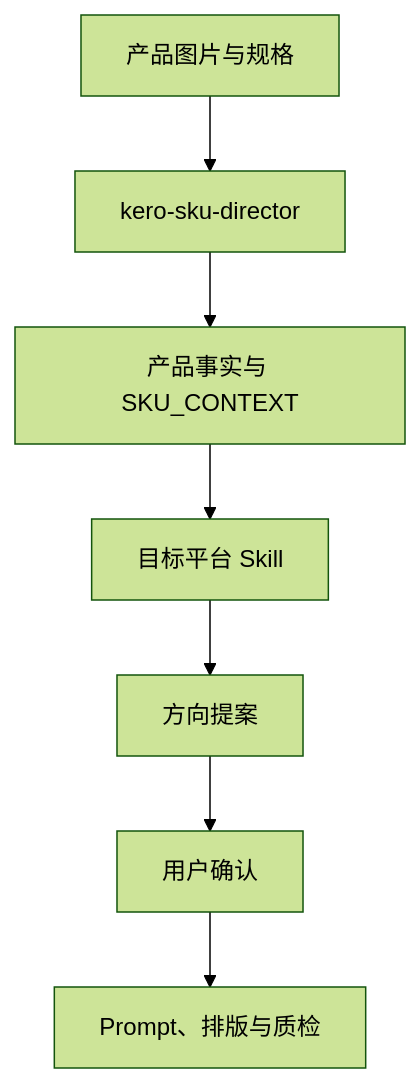
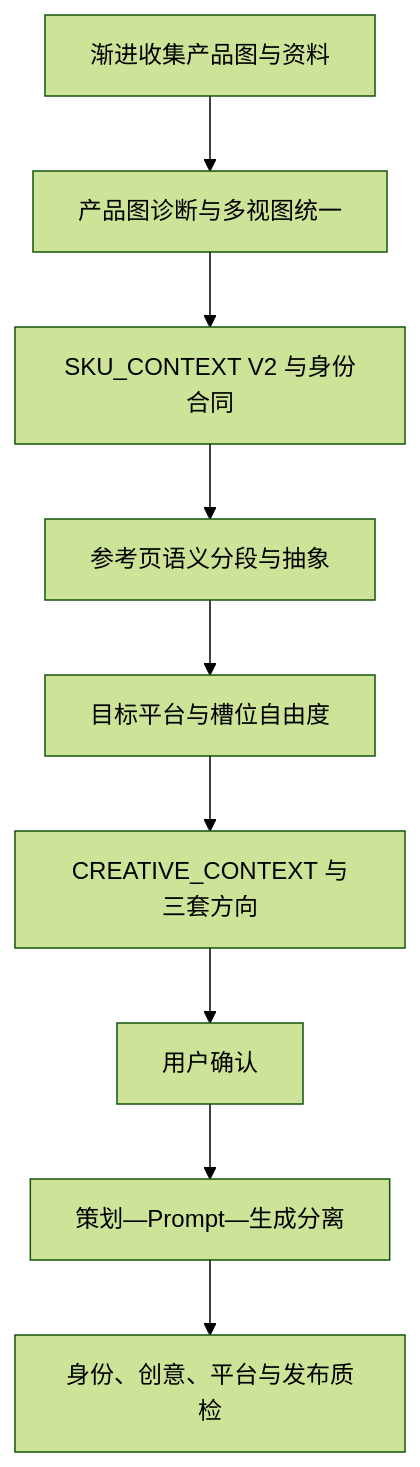
The diagram in README.md (Youks7/KeRo-SKU-Agent), drawn with Mermaid (forest theme) before and after one commit. The commit also changed other lines of this file and 119 other files, not shown here.

Commit message:
upgrade SKU agent to identity-locked creative director

````diff
--- a/README.md
+++ b/README.md
@@ -115,9 +117,11 @@
 ```mermaid
 flowchart TD
-    A["产品图片与规格"] --> B["kero-sku-director"]
-    B --> C["产品事实与 SKU_CONTEXT"]
-    C --> D["目标平台 Skill"]
-    D --> E["方向提案"]
-    E --> F["用户确认"]
-    F --> G["Prompt、排版与质检"]
+    A["渐进收集产品图与资料"] --> B["产品图诊断与多视图统一"]
+    B --> C["SKU_CONTEXT V2 与身份合同"]
+    C --> D["参考页语义分段与抽象"]
+    D --> E["目标平台与槽位自由度"]
+    E --> F["CREATIVE_CONTEXT 与三套方向"]
+    F --> G["用户确认"]
+    G --> H["策划—Prompt—生成分离"]
+    H --> I["身份、创意、平台与发布质检"]
 ```
````
